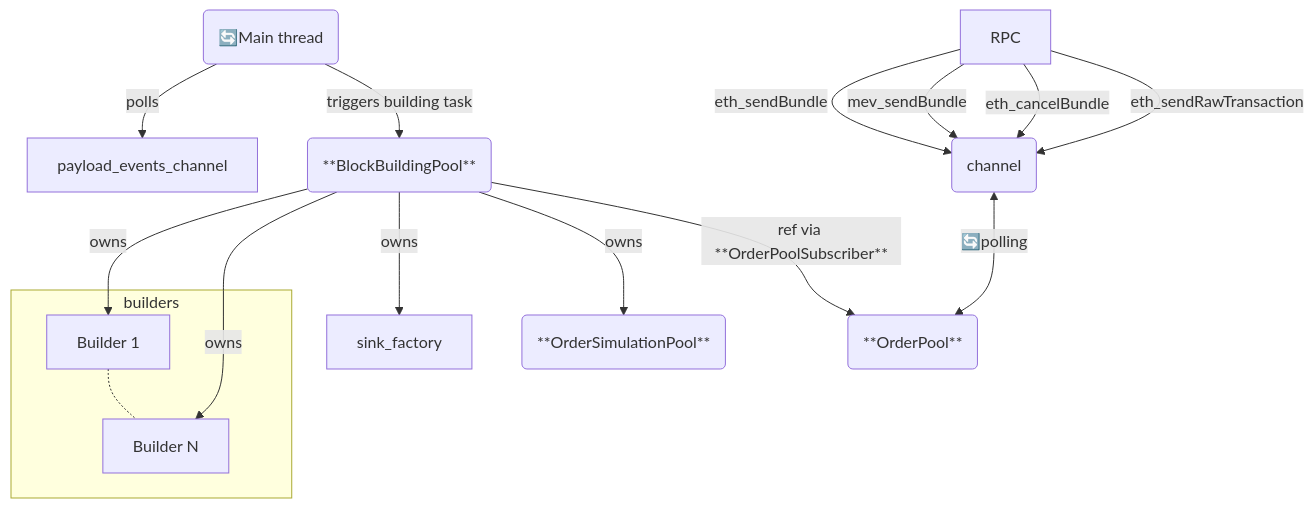
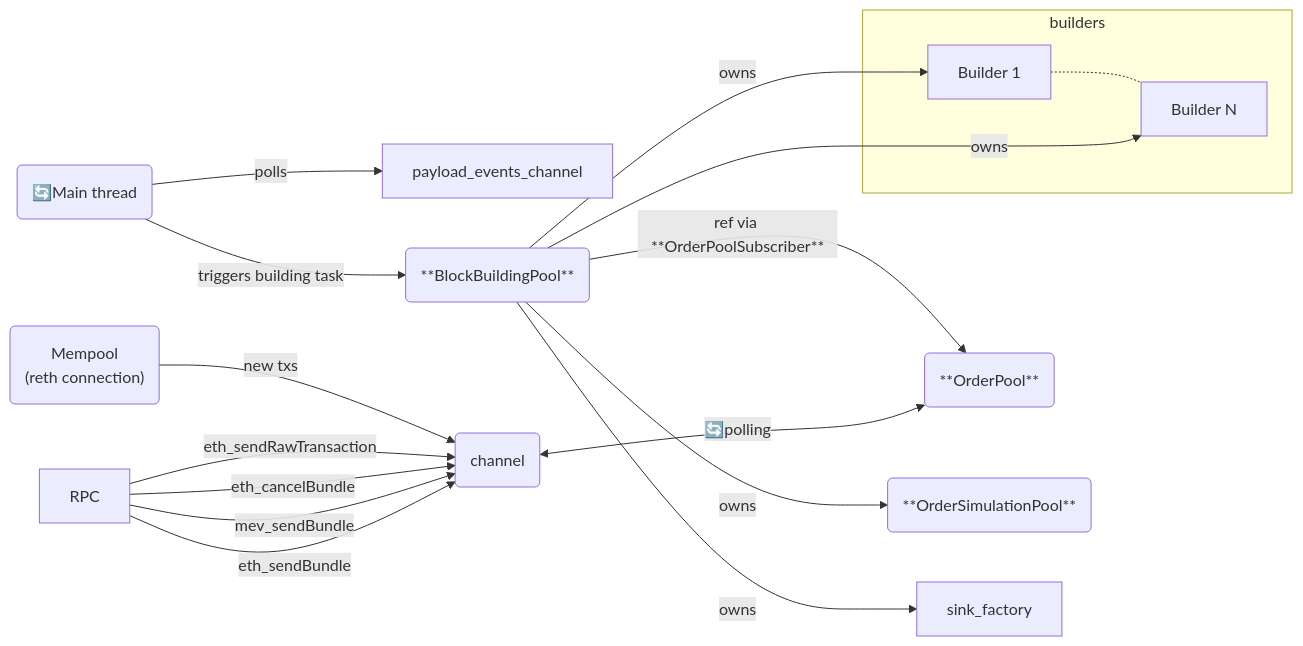
The first of 3 diagrams in docs/RBUILDER_CLASSES_AND_DATAFLOW.md (flashbots/rbuilder), drawn with Mermaid before and after one commit. The commit also changed other lines of this file, not shown here.

````diff
--- a/docs/RBUILDER_CLASSES_AND_DATAFLOW.md
+++ b/docs/RBUILDER_CLASSES_AND_DATAFLOW.md
@@ -54,29 +55,30 @@
 ```mermaid
-  graph TD;
+  graph LR;
       MainThread-- polls -->payload_events_channel
       payload_events_channel
       MainThread("🔄Main thread")
       RPC
       RPC--eth_sendBundle-->Ch1
       RPC--mev_sendBundle-->Ch1
       RPC--eth_cancelBundle-->Ch1
       RPC--eth_sendRawTransaction-->Ch1
+      MemPool("Mempool<br>(reth connection)")--new txs-->Ch1
       Ch1("channel")
       OrderPool("**OrderPool**")
       Ch1<-- "🔄polling" -->OrderPool
       BlockBuildingPool("**BlockBuildingPool**")
       OrderSimulationPool("**OrderSimulationPool**")
       
       sink_factory
       BlockBuildingPool-- owns -->B1
       BlockBuildingPool-- owns -->BN
       BlockBuildingPool-- owns -->sink_factory
       BlockBuildingPool-- owns -->OrderSimulationPool
       BlockBuildingPool-- "ref via **OrderPoolSubscriber**" -->OrderPool
       MainThread-- triggers building task-->BlockBuildingPool
       subgraph builders
         B1[Builder 1]
         BN[Builder N]
         B1 -.- BN
       end
 ```
````
